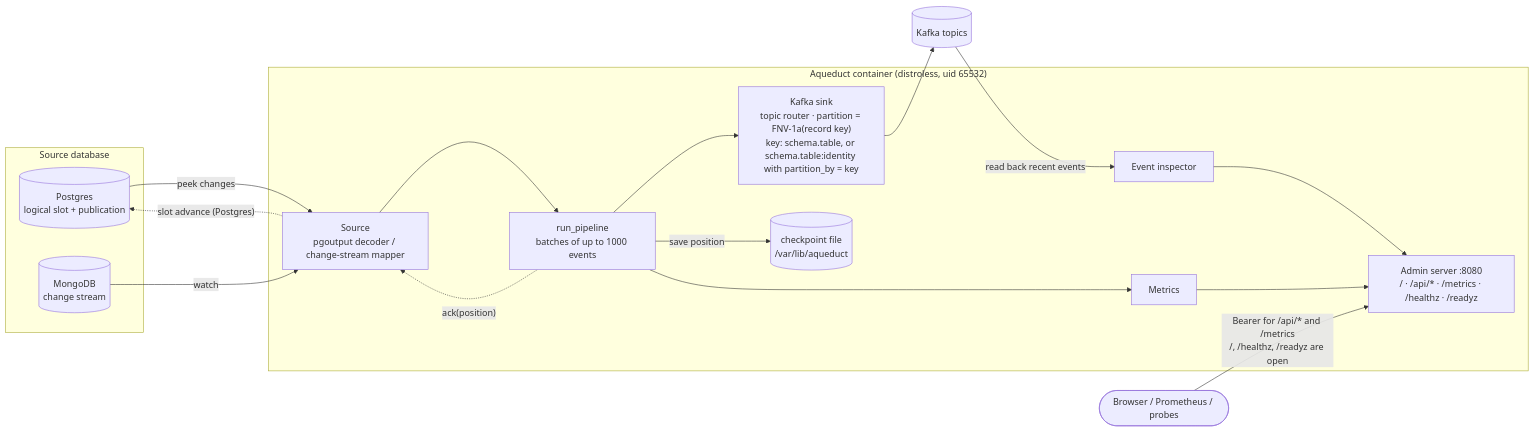
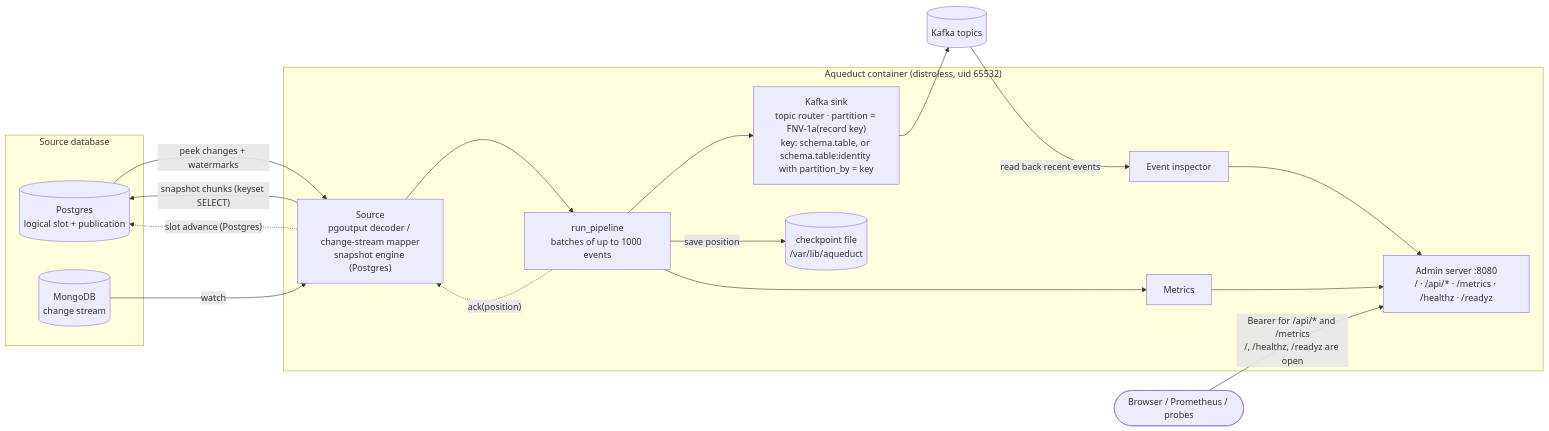
Before and after one commit to yarncraft/aqueduct: the first of 3 diagrams in README.md, drawn with Mermaid. The commit also changed other lines of this file and 12 other files, not shown here.

First line of the commit message:
feat(snapshots): copy existing Postgres rows while changes stream (#74) (#126)

````diff
--- a/README.md
+++ b/README.md
@@ -18,30 +18,31 @@
 ```mermaid
 flowchart LR
     subgraph db["Source database"]
         PG[("Postgres<br/>logical slot + publication")]
         MG[("MongoDB<br/>change stream")]
     end
 
     subgraph aq["Aqueduct container (distroless, uid 65532)"]
-        SRC["Source<br/>pgoutput decoder / change-stream mapper"]
+        SRC["Source<br/>pgoutput decoder / change-stream mapper<br/>snapshot engine (Postgres)"]
         PIPE["run_pipeline<br/>batches of up to 1000 events"]
         SINK["Kafka sink<br/>topic router · partition = FNV-1a(record key)<br/>key: schema.table, or schema.table:identity with partition_by = key"]
         CK[("checkpoint file<br/>/var/lib/aqueduct")]
         MET["Metrics"]
         ADM["Admin server :8080<br/>/ · /api/* · /metrics · /healthz · /readyz"]
         INS["Event inspector"]
     end
 
     K[("Kafka topics")]
     U(["Browser / Prometheus / probes"])
 
-    PG -- "peek changes" --> SRC
+    PG -- "peek changes + watermarks" --> SRC
+    SRC -- "snapshot chunks (keyset SELECT)" --> PG
     MG -- "watch" --> SRC
     SRC --> PIPE --> SINK --> K
     PIPE -- "save position" --> CK
     PIPE -. "ack(position)" .-> SRC
     SRC -. "slot advance (Postgres)" .-> PG
     PIPE --> MET --> ADM
     K -- "read back recent events" --> INS --> ADM
     U -- "Bearer for /api/* and /metrics<br/>/, /healthz, /readyz are open" --> ADM
 ```
````
